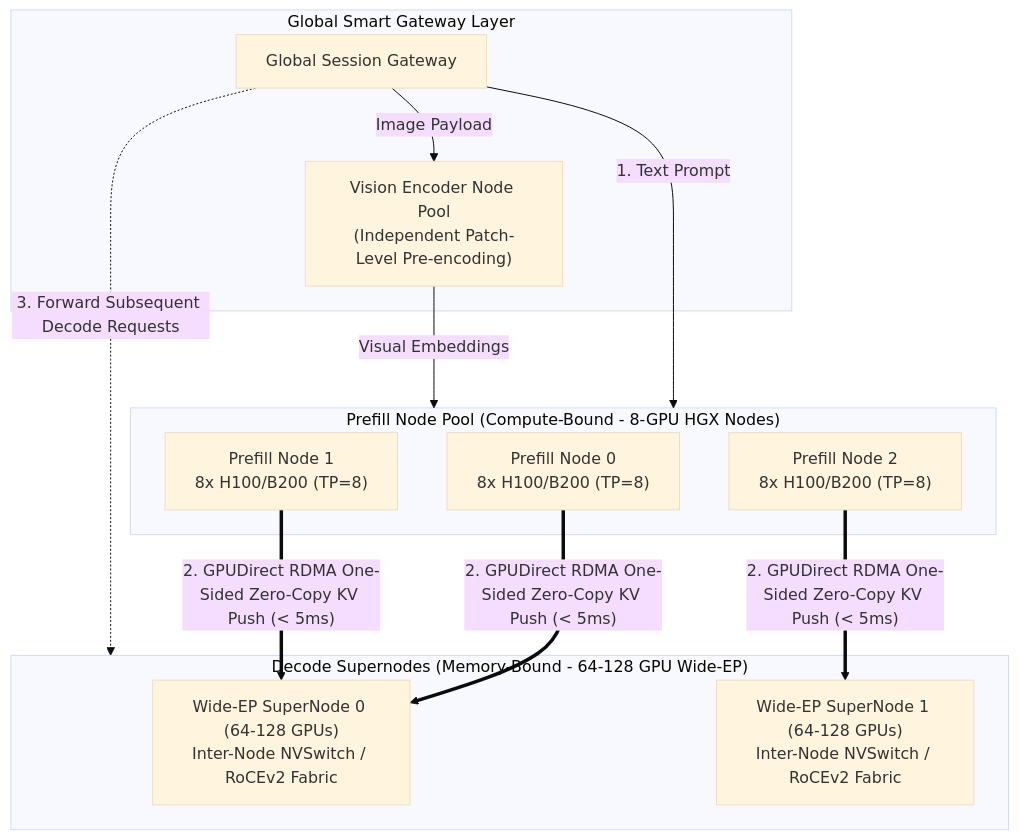
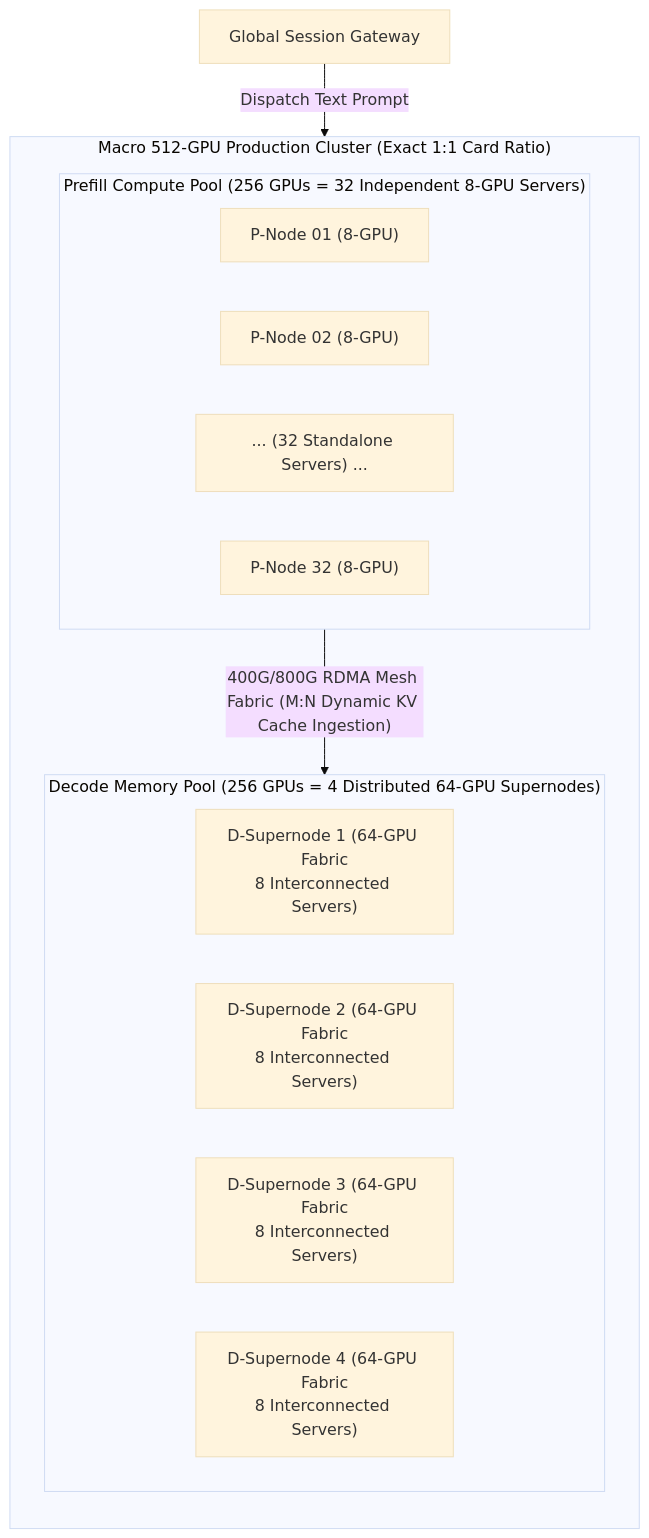
The fourth of 10 diagrams in content/en/articles/deepinfer-deepseek-recipe-architecture.en.md (ifnodoraemon/ifnodoraemon.github.io), drawn with Mermaid (base theme) before and after one commit. The commit also changed other lines of this file and 4 other files, not shown here.

````diff
--- a/content/en/articles/deepinfer-deepseek-recipe-architecture.en.md
+++ b/content/en/articles/deepinfer-deepseek-recipe-architecture.en.md
@@ -174,28 +187,22 @@
 ```mermaid
 flowchart TB
-    subgraph Ingress["Global Smart Gateway Layer"]
-        GW["Global Session Gateway"]
-        V_Pool["Vision Encoder Node Pool<br/>(Independent Patch-Level Pre-encoding)"]
+    subgraph Macro_Cluster["Macro 512-GPU Production Cluster (Exact 1:1 Card Ratio)"]
+        direction TB
+        subgraph P_Cluster["Prefill Compute Pool (256 GPUs = 32 Independent 8-GPU Servers)"]
+            P0["P-Node 01 (8-GPU)"]
+            P1["P-Node 02 (8-GPU)"]
+            P_Dots["... (32 Standalone Servers) ..."]
+            P31["P-Node 32 (8-GPU)"]
+        end
+
+        subgraph D_Cluster["Decode Memory Pool (256 GPUs = 4 Distributed 64-GPU Supernodes)"]
+            D0["D-Supernode 1 (64-GPU Fabric<br/>8 Interconnected Servers)"]
+            D1["D-Supernode 2 (64-GPU Fabric<br/>8 Interconnected Servers)"]
+            D2["D-Supernode 3 (64-GPU Fabric<br/>8 Interconnected Servers)"]
+            D3["D-Supernode 4 (64-GPU Fabric<br/>8 Interconnected Servers)"]
+        end
     end
 
-    subgraph Prefill_Pool["Prefill Node Pool (Compute-Bound - 8-GPU HGX Nodes)"]
-        P_Node0["Prefill Node 0<br/>8x H100/B200 (TP=8)"]
-        P_Node1["Prefill Node 1<br/>8x H100/B200 (TP=8)"]
-        P_Node2["Prefill Node 2<br/>8x H100/B200 (TP=8)"]
-    end
-
-    subgraph Decode_Pool["Decode Supernodes (Memory-Bound - 64-128 GPU Wide-EP)"]
-        D_SuperNode0["Wide-EP SuperNode 0 (64-128 GPUs)<br/>Inter-Node NVSwitch / RoCEv2 Fabric"]
-        D_SuperNode1["Wide-EP SuperNode 1 (64-128 GPUs)<br/>Inter-Node NVSwitch / RoCEv2 Fabric"]
-    end
-
-    GW -->|"1. Text Prompt"| Prefill_Pool
-    GW -->|"Image Payload"| V_Pool
-    V_Pool -->|"Visual Embeddings"| Prefill_Pool
-
-    P_Node0 ==>|"2. GPUDirect RDMA One-Sided Zero-Copy KV Push (< 5ms)"| D_SuperNode0
-    P_Node1 ==>|"2. GPUDirect RDMA One-Sided Zero-Copy KV Push (< 5ms)"| D_SuperNode0
-    P_Node2 ==>|"2. GPUDirect RDMA One-Sided Zero-Copy KV Push (< 5ms)"| D_SuperNode1
-
-    GW -.->|"3. Forward Subsequent Decode Requests"| Decode_Pool
+    GW["Global Session Gateway"] -->|"Dispatch Text Prompt"| P_Cluster
+    P_Cluster -->|"400G/800G RDMA Mesh Fabric (M:N Dynamic KV Cache Ingestion)"| D_Cluster
 ```
````
